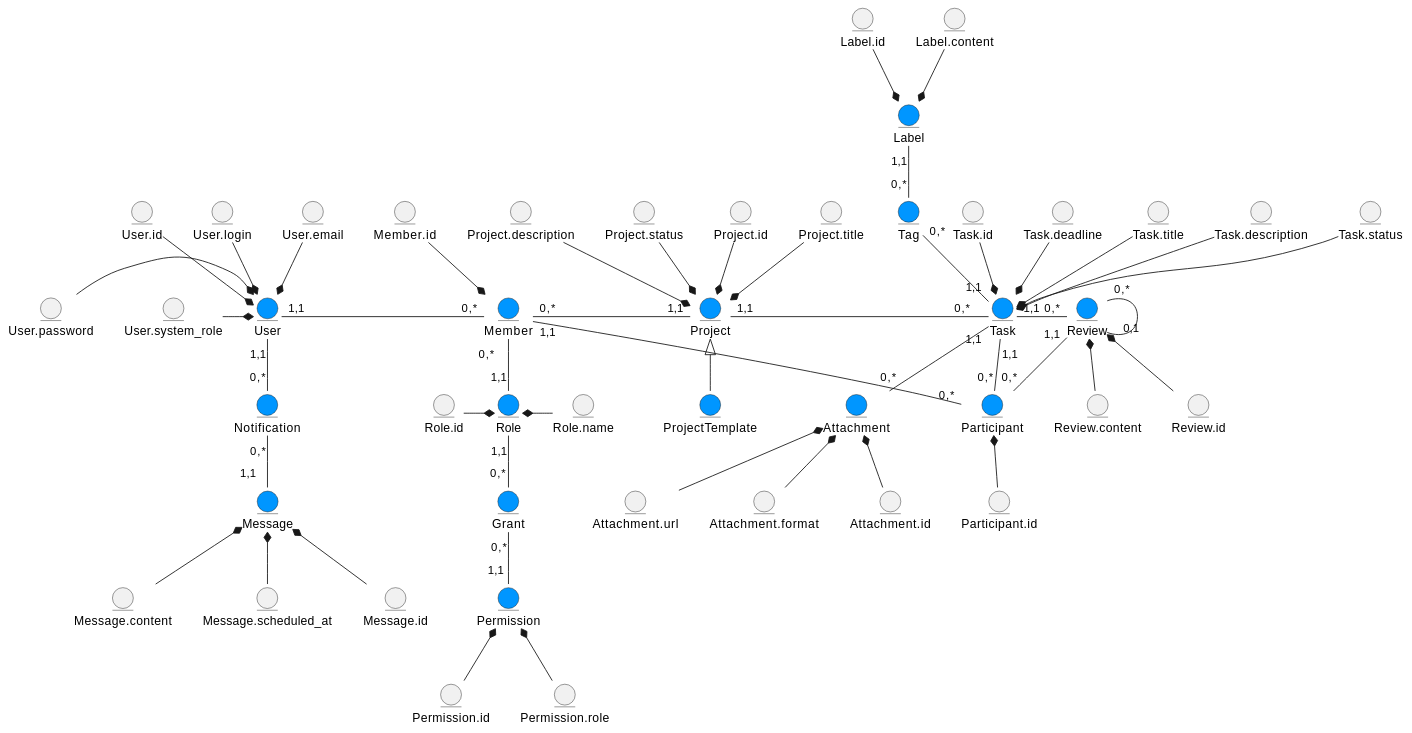
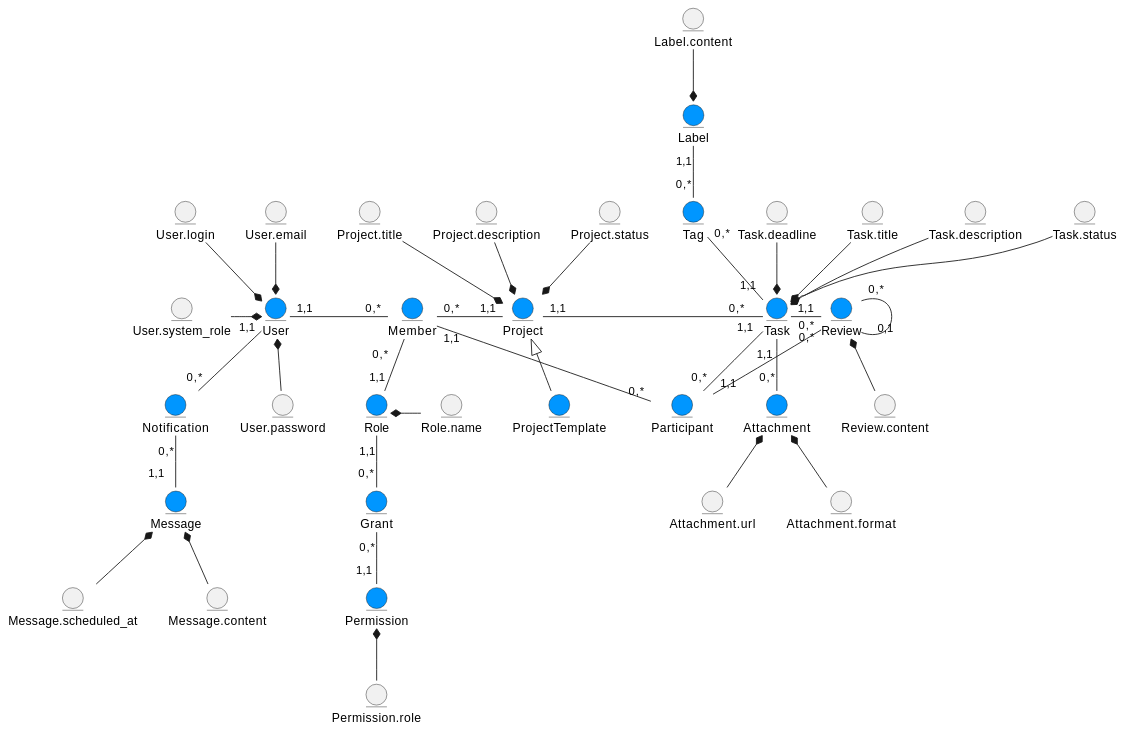
One commit to boldak/edu-db-cw changed the first of 2 diagrams in docs/design/README.md. Above: the diagram before and after it, drawn with PlantUML.

Commit message:
Fix business-objects model

```diff
--- a/docs/design/README.md
+++ b/docs/design/README.md
@@ -21,24 +21,17 @@
 entity Participant #0096FF
 entity Member #0096FF
 
-entity Role.id
 entity Role.name
 
-entity Permission.id
 entity Permission.role
 
 entity Message.scheduled_at
-entity Message.id
 entity Message.content
 
-entity User.id
 entity User.login
 entity User.email
 entity User.system_role
 entity User.password
-
-entity Member.id
-entity Participant.id
 
 User "1,1"-r-"0,*" Member
 Member "0,*    "-d-"1,1" Role
@@ -48,43 +41,30 @@
 User "1,1"-d-"0,*" Notification
 Message "1,1   "-u- "0,*" Notification
 
-Role.id -r-* Role
 Role.name -l-* Role
 
-Permission.id -u-* Permission
 Permission.role -u-* Permission
 
 Message.scheduled_at -u-* Message
-Message.id -u-* Message
 Message.content -u-* Message
 
 User.email -d-* User
 User.login -d-* User
-User.id -d-* User
 User.system_role -r-* User
-User.password -r-* User
+User.password -u-* User
 
-Member.id -d-* Member
-Participant.id -u-* Participant
-
-
-entity Label.id
 entity Label.content
 
-entity Task.id
 entity Task.deadline
 entity Task.title
 entity Task.description
 entity Task.status
 
-entity Attachment.id
 entity Attachment.url
 entity Attachment.format
 
-entity Review.id
 entity Review.content
 
-entity Project.id
 entity Project.title
 entity Project.description
 entity Project.status
@@ -93,7 +73,7 @@
 Tag "0,*"-d-"1,1" Task
 Task "       1,1"-d-"0,*" Attachment
 Task "1,1"-r-"       0,*" Review
-Participant "0,*"-u-"1,1" Review
+Participant "1,1"-u-"0,*" Review
 Review "0,*"-"   0,1" Review
 Task "0,*    "-l-"1,1" Project
 Task "1,1 "-d-"0,*" Participant
@@ -101,23 +81,18 @@
 Member "0,*"-r-"1,1" Project
 Member "1,1"-r-"0,*" Participant
 
-Label.id -d-* Label
 Label.content -d-* Label
 
-Task.id -d-* Task
 Task.deadline -d-* Task
 Task.title -d-* Task
 Task.description -d-* Task
 Task.status -d-* Task
 
-Attachment.id -u-* Attachment
 Attachment.url -u-* Attachment
 Attachment.format -u-* Attachment
 
-Review.id -u-* Review
 Review.content -u-* Review
 
-Project.id -d-* Project
 Project.title -d-* Project
 Project.description -d-* Project
 Project.status -d-* Project
```
